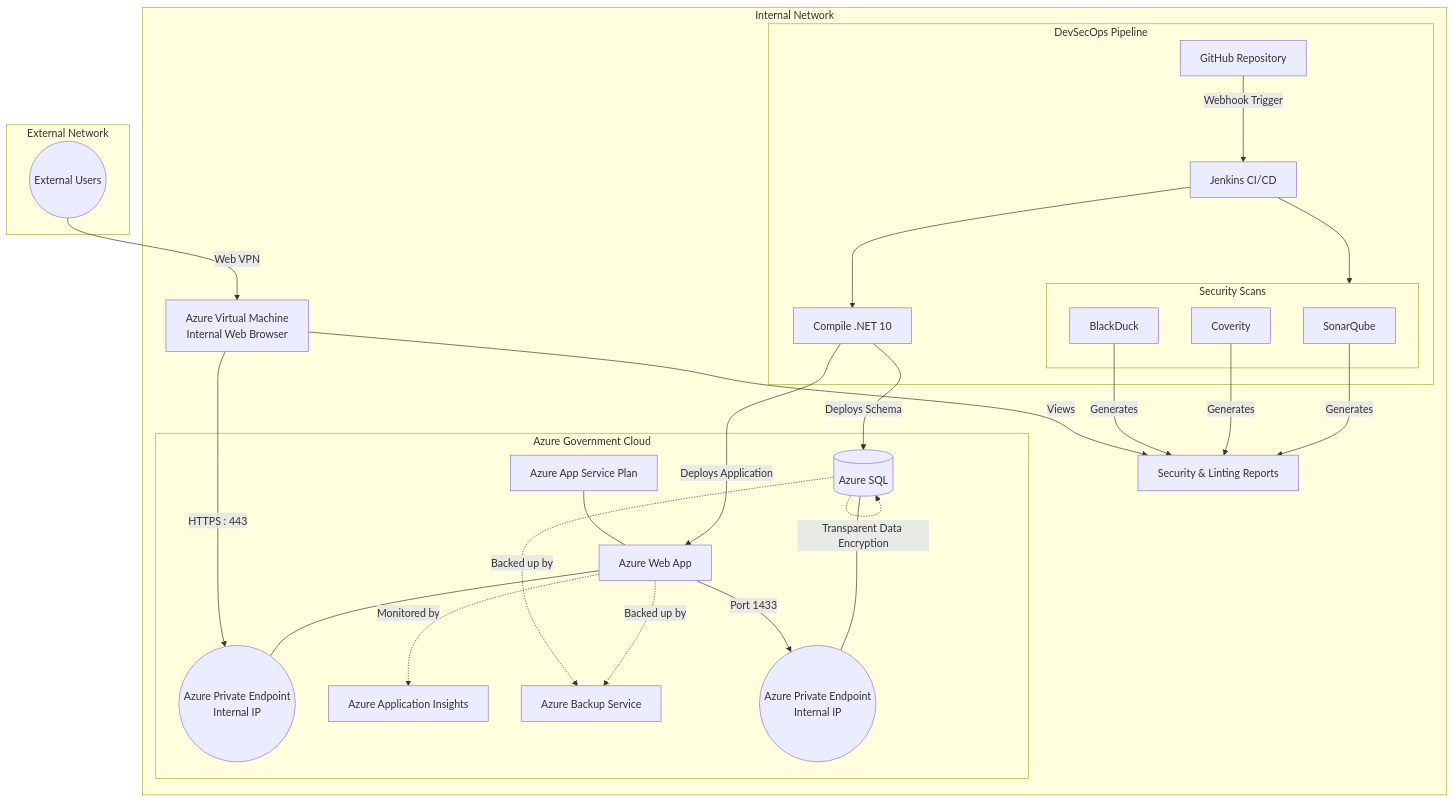
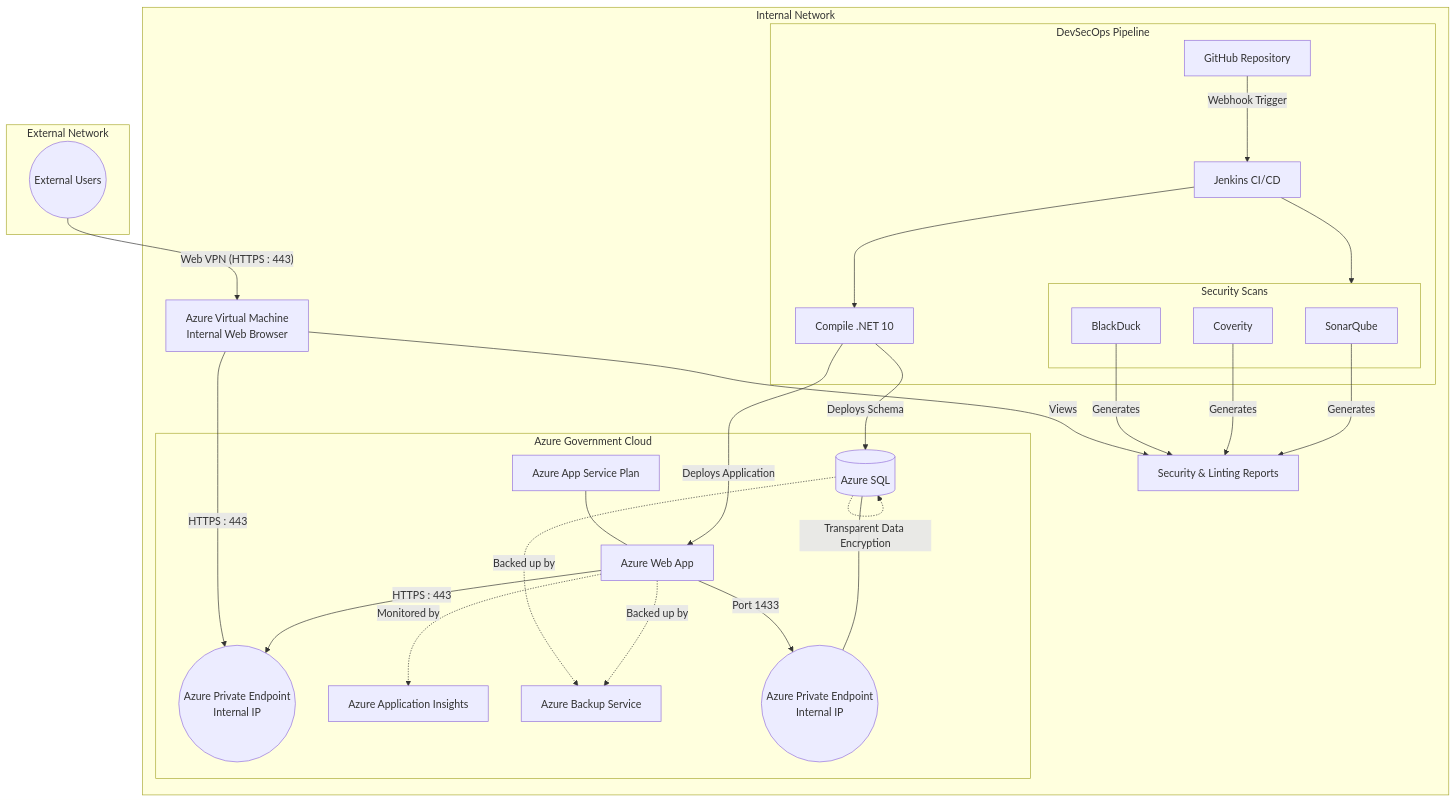
Before and after one commit to SingularityResearch/ChatApp: the diagram in DeploymentRequirements.md, drawn with Mermaid.

Commit message:
update diagram

````diff
--- a/DeploymentRequirements.md
+++ b/DeploymentRequirements.md
@@ -27,72 +27,72 @@
 ```mermaid
 graph TD
     subgraph InternalNetwork [Internal Network]
         subgraph Pipeline [DevSecOps Pipeline]
             GitHub[GitHub Repository]
             Jenkins[Jenkins CI/CD]
             
             subgraph SecurityScans [Security Scans]
                 SonarQube[SonarQube]
                 Coverity[Coverity]
                 BlackDuck[BlackDuck]
             end
             
             Build[Compile .NET 10]
         end
 
         Reports[Security & Linting Reports]
 
         subgraph AzureGov [Azure Government Cloud]
             AppServicePlan[Azure App Service Plan]
             WebApp[Azure Web App]
             WebAppPE((Azure Private Endpoint<br>Internal IP))
             
             AppInsights[Azure Application Insights]
             BackupSvc[Azure Backup Service]
             
             AzureSQL[(Azure SQL)]
             SqlPE((Azure Private Endpoint<br>Internal IP))
         end
         
         InternalVM[Azure Virtual Machine<br>Internal Web Browser]
     end
 
     subgraph ExternalNetwork [External Network]
         Users((External Users))
     end
 
     %% Pipeline Flow
     GitHub -- Webhook Trigger --> Jenkins
     Jenkins --> SecurityScans
     Jenkins --> Build
     
     %% Reporting
     SonarQube -- Generates --> Reports
     Coverity -- Generates --> Reports
     BlackDuck -- Generates --> Reports
     
     %% Deployment Flow
     Build -- Deploys Application --> WebApp
     Build -- Deploys Schema --> AzureSQL
     
     %% Azure Infrastructure
     AppServicePlan --- WebApp
-    WebApp --- WebAppPE
+    WebApp -- HTTPS : 443 --> WebAppPE
     AzureSQL --- SqlPE
     
     %% Communication
     WebApp -- Port 1433 --> SqlPE
     
     %% Encryption
     AzureSQL -. Transparent Data Encryption .-> AzureSQL
     
     %% Monitoring & Backup
     WebApp -. Monitored by .-> AppInsights
     WebApp -. Backed up by .-> BackupSvc
     AzureSQL -. Backed up by .-> BackupSvc
     
     %% Data Traffic
-    Users -- Web VPN --> InternalVM
+    Users -- Web VPN (HTTPS : 443) --> InternalVM
     InternalVM -- HTTPS : 443 --> WebAppPE
     InternalVM -- Views --> Reports
 ```
````
